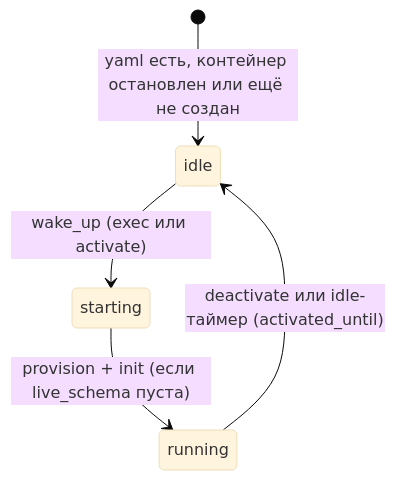
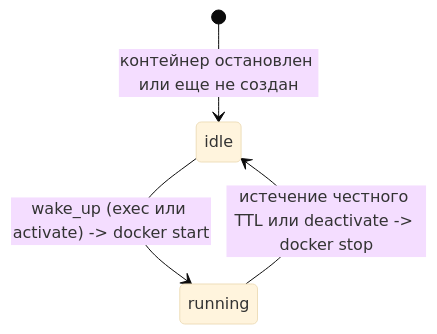
The diagram in README.md (georgekochergin/sydafa), drawn with Mermaid (base theme) before and after one commit. The commit also changed other lines of this file and 14 other files, not shown here.

````diff
--- a/README.md
+++ b/README.md
@@ -13,7 +18,6 @@
 ```mermaid
 stateDiagram-v2
-    [*] --> idle: yaml есть, контейнер остановлен или ещё не создан
-    idle --> starting: wake_up (exec или activate)
-    starting --> running: provision + init (если live_schema пуста)
-    running --> idle: deactivate или idle-таймер (activated_until)
+    [*] --> idle: контейнер остановлен или еще не создан
+    idle --> running: wake_up (exec или activate) -> docker start
+    running --> idle: истечение честного TTL или deactivate -> docker stop
 ```
````
